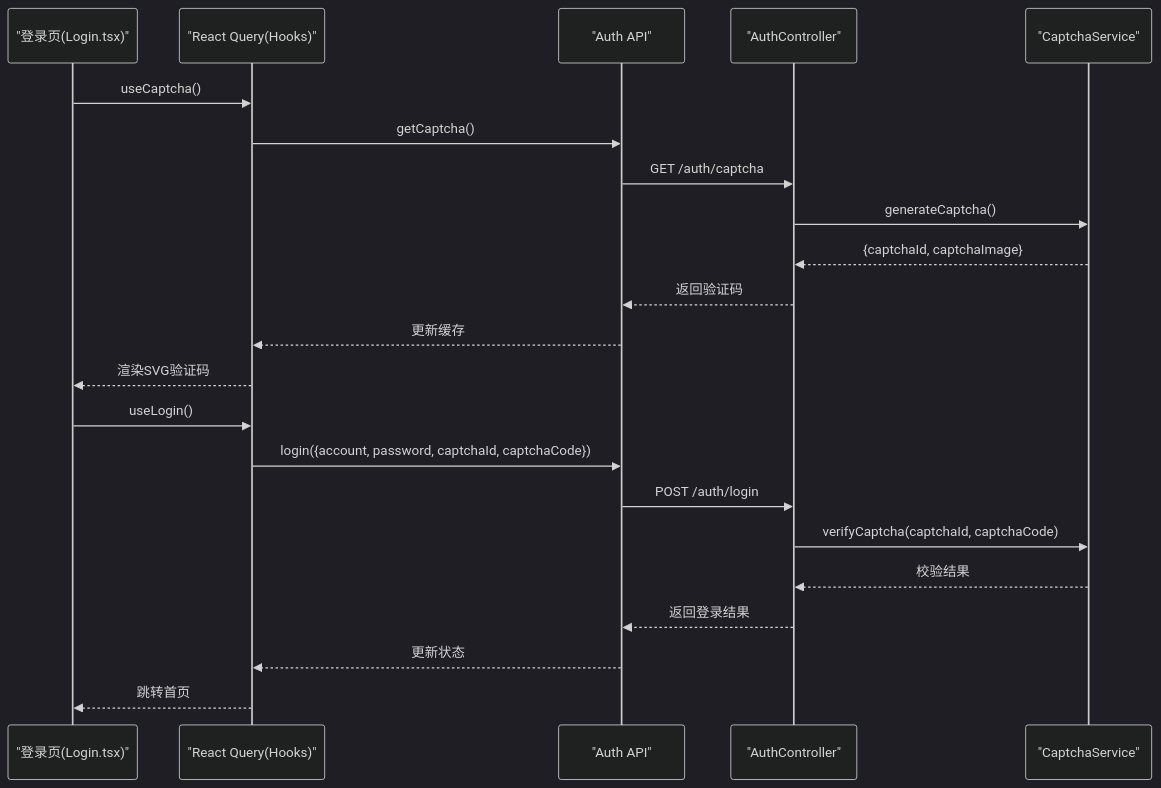
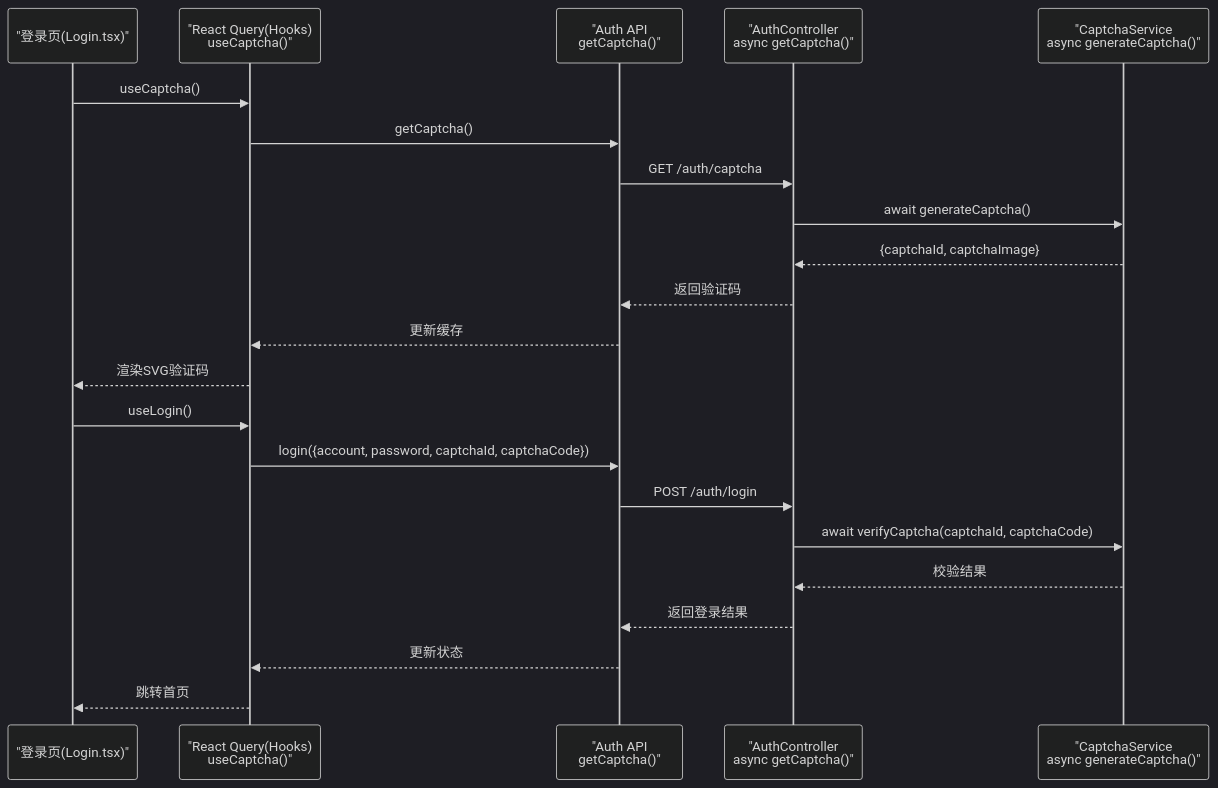
One commit to translateServers/nodes-stack changed the sixth of 8 diagrams in .qoder/repowiki/zh/content/后端系统/认证授权系统/验证码系统.md. Above: the diagram before and after it, drawn with Mermaid (dark theme). The commit also changed other lines of this file and 5 other files, not shown here.

````diff
--- a/.qoder/repowiki/zh/content/后端系统/认证授权系统/验证码系统.md
+++ b/.qoder/repowiki/zh/content/后端系统/认证授权系统/验证码系统.md
@@ -252,24 +255,24 @@
 ```mermaid
 sequenceDiagram
 participant P as "登录页(Login.tsx)"
-participant Q as "React Query(Hooks)"
-participant A as "Auth API"
-participant Ctrl as "AuthController"
-participant Svc as "CaptchaService"
+participant Q as "React Query(Hooks)<br/>useCaptcha()"
+participant A as "Auth API<br/>getCaptcha()"
+participant Ctrl as "AuthController<br/>async getCaptcha()"
+participant Svc as "CaptchaService<br/>async generateCaptcha()"
 P->>Q : useCaptcha()
 Q->>A : getCaptcha()
 A->>Ctrl : GET /auth/captcha
-Ctrl->>Svc : generateCaptcha()
+Ctrl->>Svc : await generateCaptcha()
 Svc-->>Ctrl : {captchaId, captchaImage}
 Ctrl-->>A : 返回验证码
 A-->>Q : 更新缓存
 Q-->>P : 渲染SVG验证码
 P->>Q : useLogin()
 Q->>A : login({account, password, captchaId, captchaCode})
 A->>Ctrl : POST /auth/login
-Ctrl->>Svc : verifyCaptcha(captchaId, captchaCode)
+Ctrl->>Svc : await verifyCaptcha(captchaId, captchaCode)
 Svc-->>Ctrl : 校验结果
 Ctrl-->>A : 返回登录结果
 A-->>Q : 更新状态
 Q-->>P : 跳转首页
 ```
````
